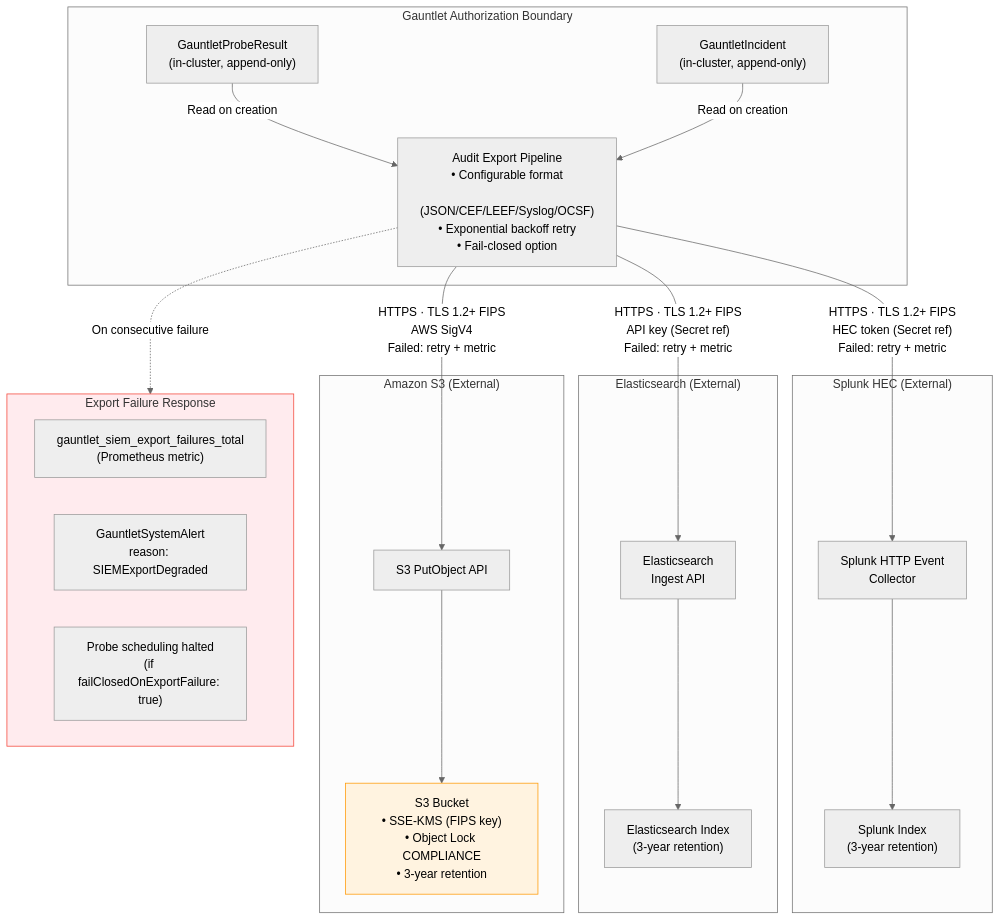
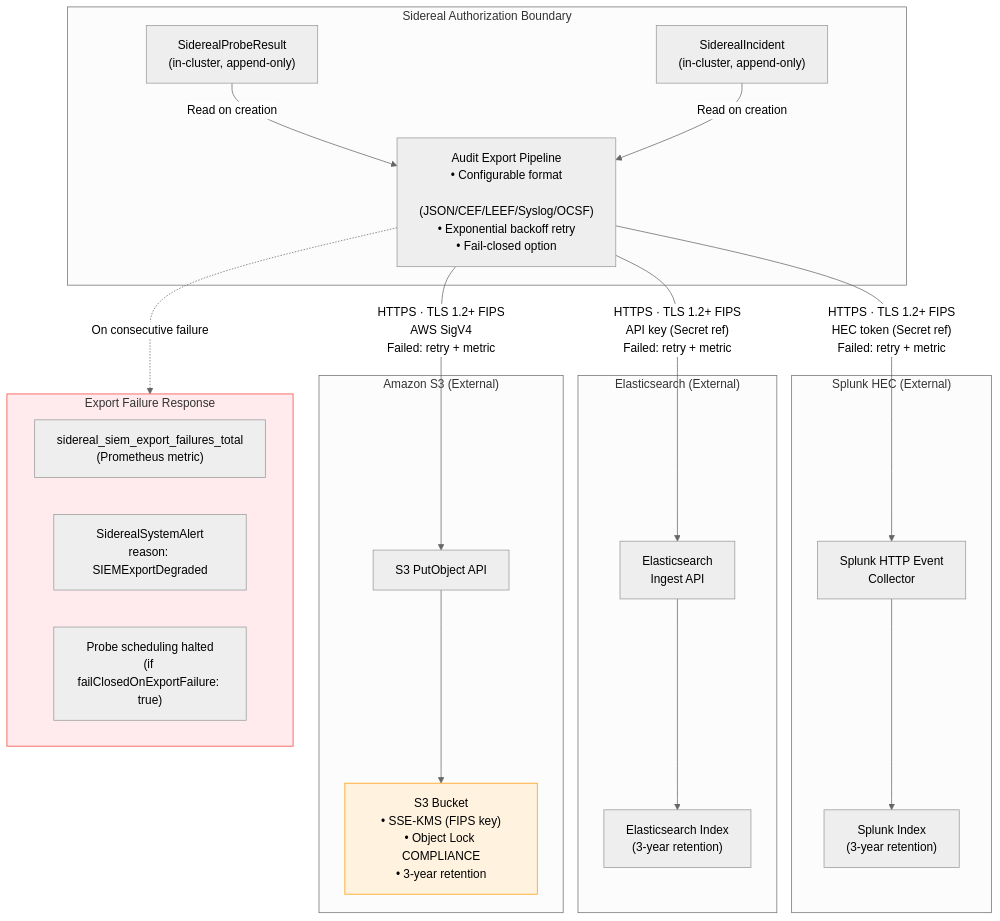
The fourth of 4 diagrams in compliance/diagrams/data-flows.md (primaris-tech/sidereal), drawn with Mermaid (neutral theme) before and after one commit. The commit also changed other lines of this file and 104 other files, not shown here.

First line of the commit message:
Rename project from Gauntlet to Sidereal

````diff
--- a/compliance/diagrams/data-flows.md
+++ b/compliance/diagrams/data-flows.md
@@ -184,46 +184,46 @@
 ```mermaid
 flowchart TB
-    subgraph GAUNTLET ["Gauntlet Authorization Boundary"]
-        GPR_STORE["GauntletProbeResult\n(in-cluster, append-only)"]
-        GI_STORE["GauntletIncident\n(in-cluster, append-only)"]
+    subgraph SIDEREAL ["Sidereal Authorization Boundary"]
+        GPR_STORE["SiderealProbeResult\n(in-cluster, append-only)"]
+        GI_STORE["SiderealIncident\n(in-cluster, append-only)"]
         EXPORT["Audit Export Pipeline\n• Configurable format\n  (JSON/CEF/LEEF/Syslog/OCSF)\n• Exponential backoff retry\n• Fail-closed option"]
     end
 
     GPR_STORE -->|"Read on creation"| EXPORT
     GI_STORE -->|"Read on creation"| EXPORT
 
     subgraph SPLUNK_TARGET ["Splunk HEC (External)"]
         SPLUNK["Splunk HTTP Event\nCollector"]
         SPLUNK_IDX["Splunk Index\n(3-year retention)"]
     end
 
     subgraph ELASTIC_TARGET ["Elasticsearch (External)"]
         ELASTIC["Elasticsearch\nIngest API"]
         ELASTIC_IDX["Elasticsearch Index\n(3-year retention)"]
     end
 
     subgraph S3_TARGET ["Amazon S3 (External)"]
         S3_API["S3 PutObject API"]
         S3_BUCKET["S3 Bucket\n• SSE-KMS (FIPS key)\n• Object Lock COMPLIANCE\n• 3-year retention"]
     end
 
     EXPORT -->|"HTTPS · TLS 1.2+ FIPS\nHEC token (Secret ref)\nFailed: retry + metric"| SPLUNK
     SPLUNK --> SPLUNK_IDX
 
     EXPORT -->|"HTTPS · TLS 1.2+ FIPS\nAPI key (Secret ref)\nFailed: retry + metric"| ELASTIC
     ELASTIC --> ELASTIC_IDX
 
     EXPORT -->|"HTTPS · TLS 1.2+ FIPS\nAWS SigV4\nFailed: retry + metric"| S3_API
     S3_API --> S3_BUCKET
 
     subgraph FAILURE ["Export Failure Response"]
-        F1["gauntlet_siem_export_failures_total\n(Prometheus metric)"]
-        F2["GauntletSystemAlert\nreason: SIEMExportDegraded"]
+        F1["sidereal_siem_export_failures_total\n(Prometheus metric)"]
+        F2["SiderealSystemAlert\nreason: SIEMExportDegraded"]
         F3["Probe scheduling halted\n(if failClosedOnExportFailure: true)"]
     end
 
     EXPORT -.->|"On consecutive failure"| FAILURE
 
     style S3_BUCKET fill:#fff3e0,stroke:#FF9800
     style FAILURE fill:#ffebee,stroke:#f44336
 ```
````
